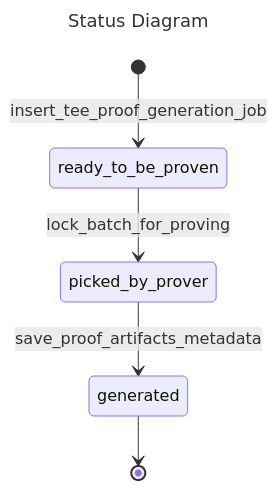
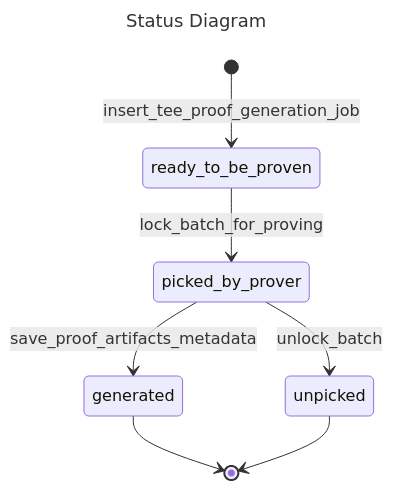
Before and after one commit to matter-labs/zksync-era: the diagram in core/lib/dal/doc/TeeProofGenerationDal.md, drawn with Mermaid.

Commit message:
Update docs diagram

````diff
--- a/core/lib/dal/doc/TeeProofGenerationDal.md
+++ b/core/lib/dal/doc/TeeProofGenerationDal.md
@@ -9,10 +9,13 @@
 ```mermaid
 ---
 title: Status Diagram
 ---
 stateDiagram-v2
 [*] --> ready_to_be_proven : insert_tee_proof_generation_job
 ready_to_be_proven --> picked_by_prover : lock_batch_for_proving
 picked_by_prover --> generated : save_proof_artifacts_metadata
 generated --> [*]
+
+picked_by_prover --> unpicked : unlock_batch
+unpicked --> [*]
 ```
````
